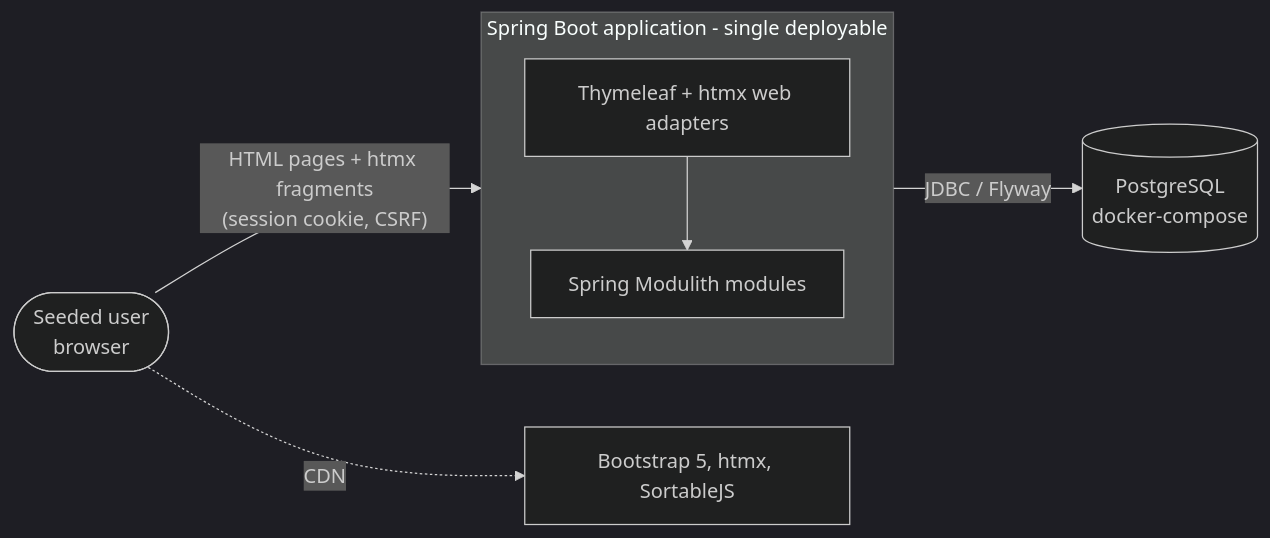
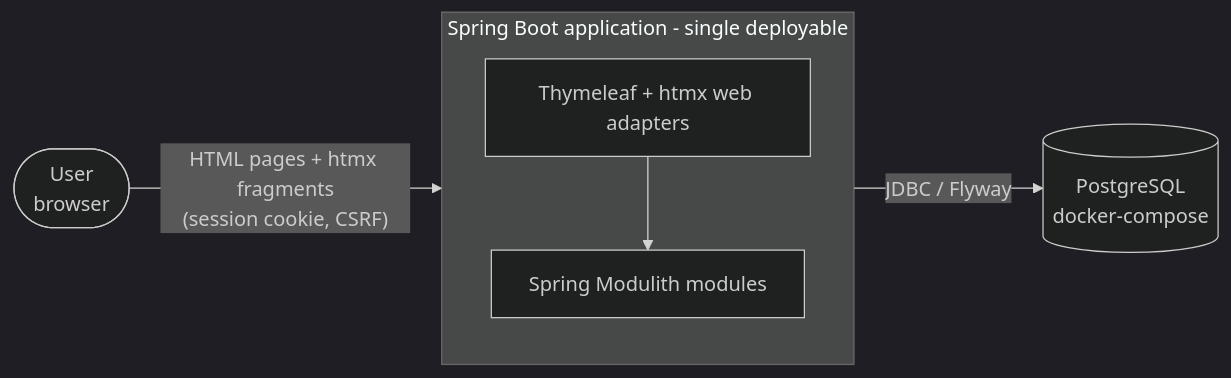
Before and after one commit to rueloparente-ppb/matriz: the first of 4 diagrams in docs/architecture.md, drawn with Mermaid (dark theme). The commit also changed other lines of this file and 6 other files, not shown here.

````diff
--- a/docs/architecture.md
+++ b/docs/architecture.md
@@ -7,12 +7,11 @@
 ```mermaid
 flowchart LR
-    user([Seeded user<br/>browser]) -- "HTML pages + htmx fragments<br/>(session cookie, CSRF)" --> app
+    user([User<br/>browser]) -- "HTML pages + htmx fragments<br/>(session cookie, CSRF)" --> app
     subgraph app [Spring Boot application - single deployable]
         direction TB
         web[Thymeleaf + htmx web adapters]
         modules[Spring Modulith modules]
         web --> modules
     end
     app -- "JDBC / Flyway" --> db[(PostgreSQL<br/>docker-compose)]
-    user -. "CDN" .-> cdn[Bootstrap 5, htmx, SortableJS]
 ```
````
